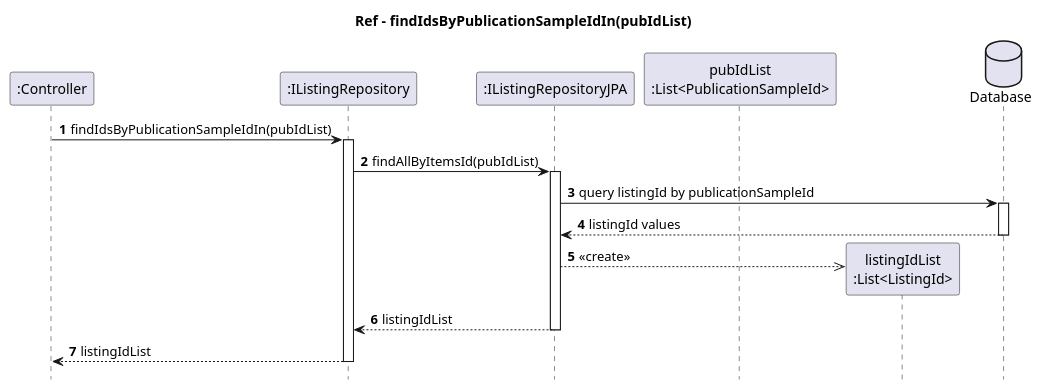
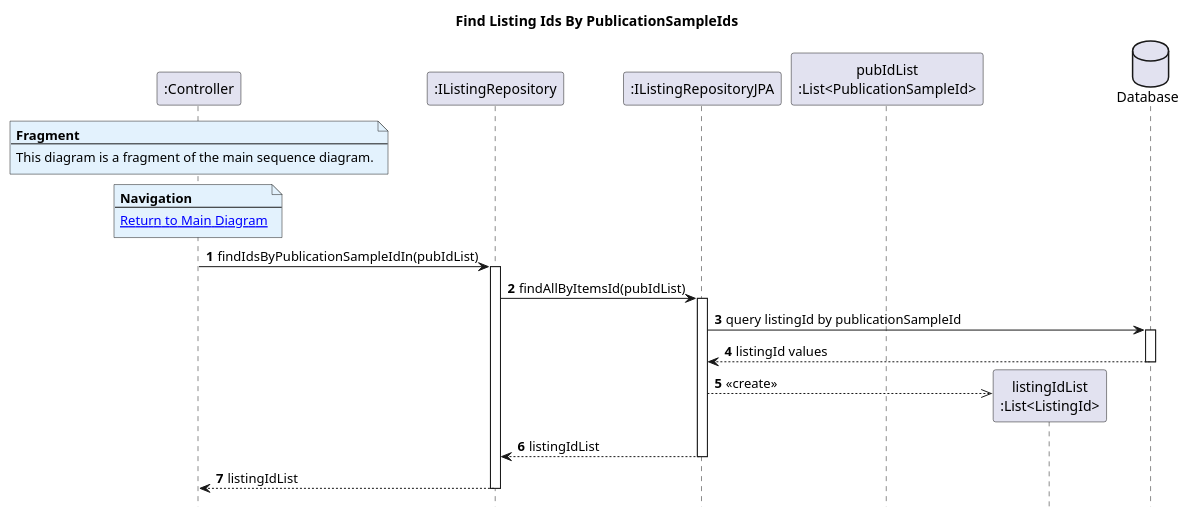
One commit to AndrePereiraGitH/SWitCH-Project-Team_A changed the diagram in Diagrams/SequenceDiagrams/N2/To-get-list-of-items-in-auction-of-a-given-author/5.FindListingIdsByPublicationSampleIds.puml. Above: the diagram before and after it, drawn with PlantUML. The commit also changed 3 other files, not shown here.

Commit message:
fix #702: rename diagrams

```diff
--- a/Diagrams/SequenceDiagrams/N2/To-get-list-of-items-in-auction-of-a-given-author/5.FindListingIdsByPublicationSampleIds.puml
+++ b/Diagrams/SequenceDiagrams/N2/To-get-list-of-items-in-auction-of-a-given-author/5.FindListingIdsByPublicationSampleIds.puml
@@ -1,31 +1,43 @@
 @startuml
 hide footbox
 autonumber
-title Ref - findIdsByPublicationSampleIdIn(pubIdList)
+title Find Listing Ids By PublicationSampleIds
 
 participant ":Controller" as Ctrl
 participant ":IListingRepository" as listingRepo
 participant ":IListingRepositoryJPA" as listingRepoJPA
 participant "pubIdList\n:List<PublicationSampleId>" as pubIdList
 participant "listingIdList\n:List<ListingId>" as listingIdList
 database "Database" as db
+
+note over Ctrl #E3F2FD
+<b>Fragment</b>
+---
+This diagram is a fragment of the main sequence diagram.
+end note
+
+note over Ctrl #E3F2FD
+<b>Navigation</b>
+---
+[[1.MainDiagram.puml Return to Main Diagram]]
+end note
 
 Ctrl -> listingRepo : findIdsByPublicationSampleIdIn(pubIdList)
 activate listingRepo
 
 listingRepo -> listingRepoJPA : findAllByItemsId(pubIdList)
 activate listingRepoJPA
 
 listingRepoJPA -> db : query listingId by publicationSampleId
 activate db
 db --> listingRepoJPA : listingId values
 deactivate db
 
 listingRepoJPA -->> listingIdList ** : <<create>>
 listingRepoJPA --> listingRepo : listingIdList
 deactivate listingRepoJPA
 
 listingRepo --> Ctrl : listingIdList
 deactivate listingRepo
 
 @enduml
```
